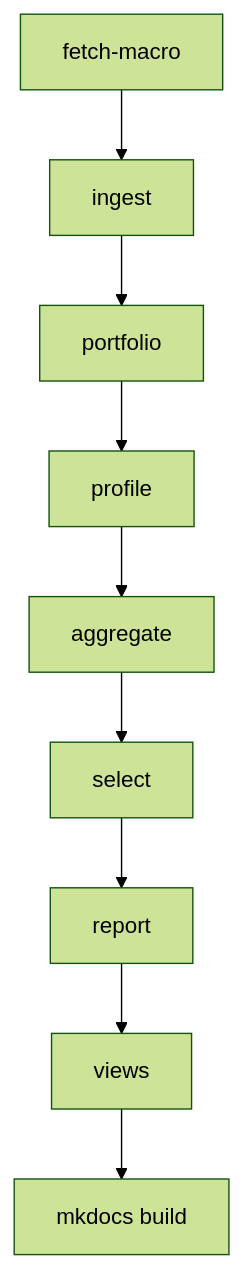
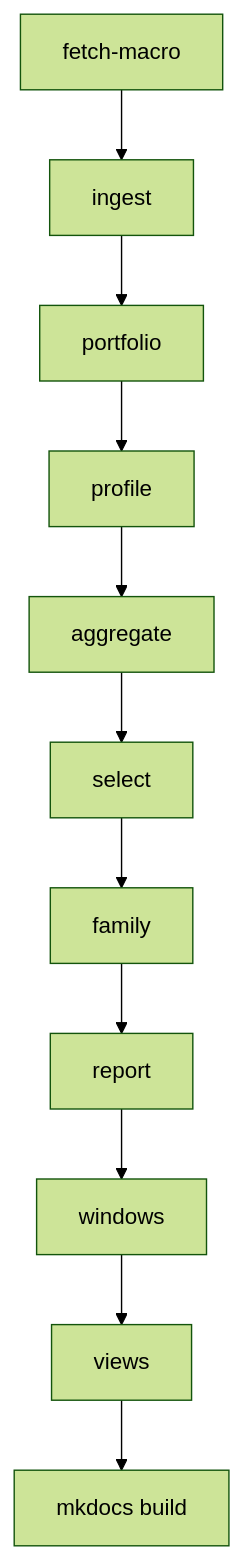
The first of 2 diagrams in docs/reproduce.md (LorenzoPerrella/credit-game), drawn with Mermaid (forest theme) before and after one commit. The commit also changed other lines of this file and 1 other file, not shown here.

````diff
--- a/docs/reproduce.md
+++ b/docs/reproduce.md
@@ -8,5 +8,6 @@
 ```mermaid
 flowchart TD
     A["fetch-macro"] --> B["ingest"] --> C["portfolio"] --> D["profile"] --> E["aggregate"]
-    E --> F["select"] --> G["report"] --> H["views"] --> I["mkdocs build"]
+    E --> F["select"] --> G["family"] --> H["report"] --> I["windows"] --> J["views"]
+    J --> K["mkdocs build"]
 ```
````
